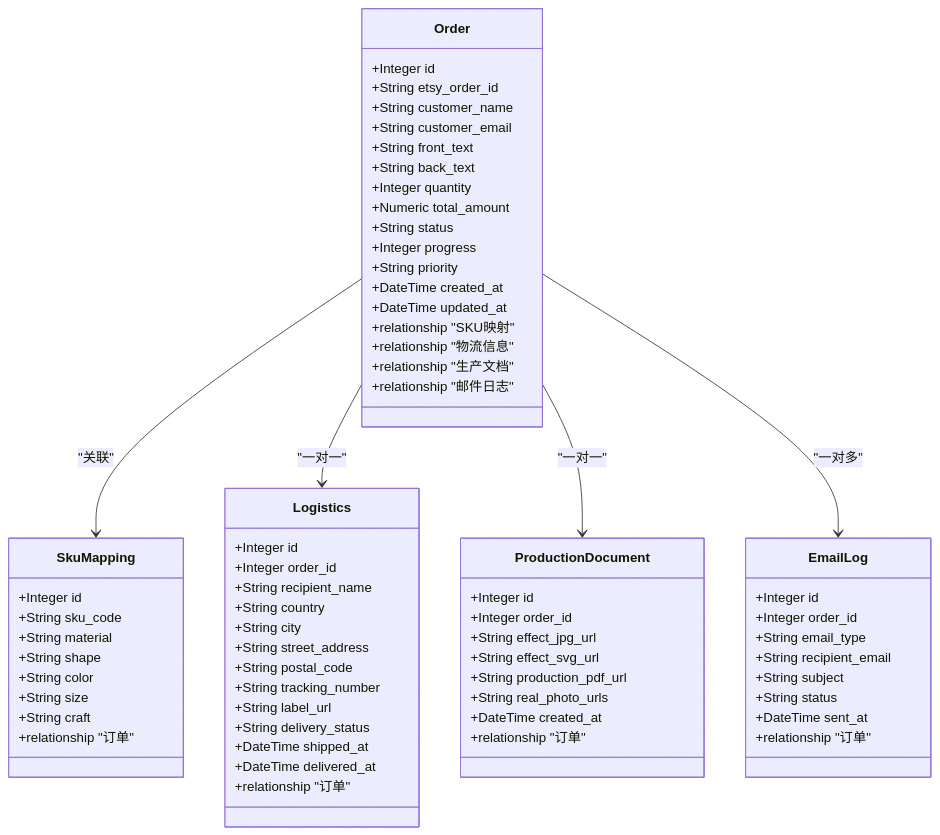
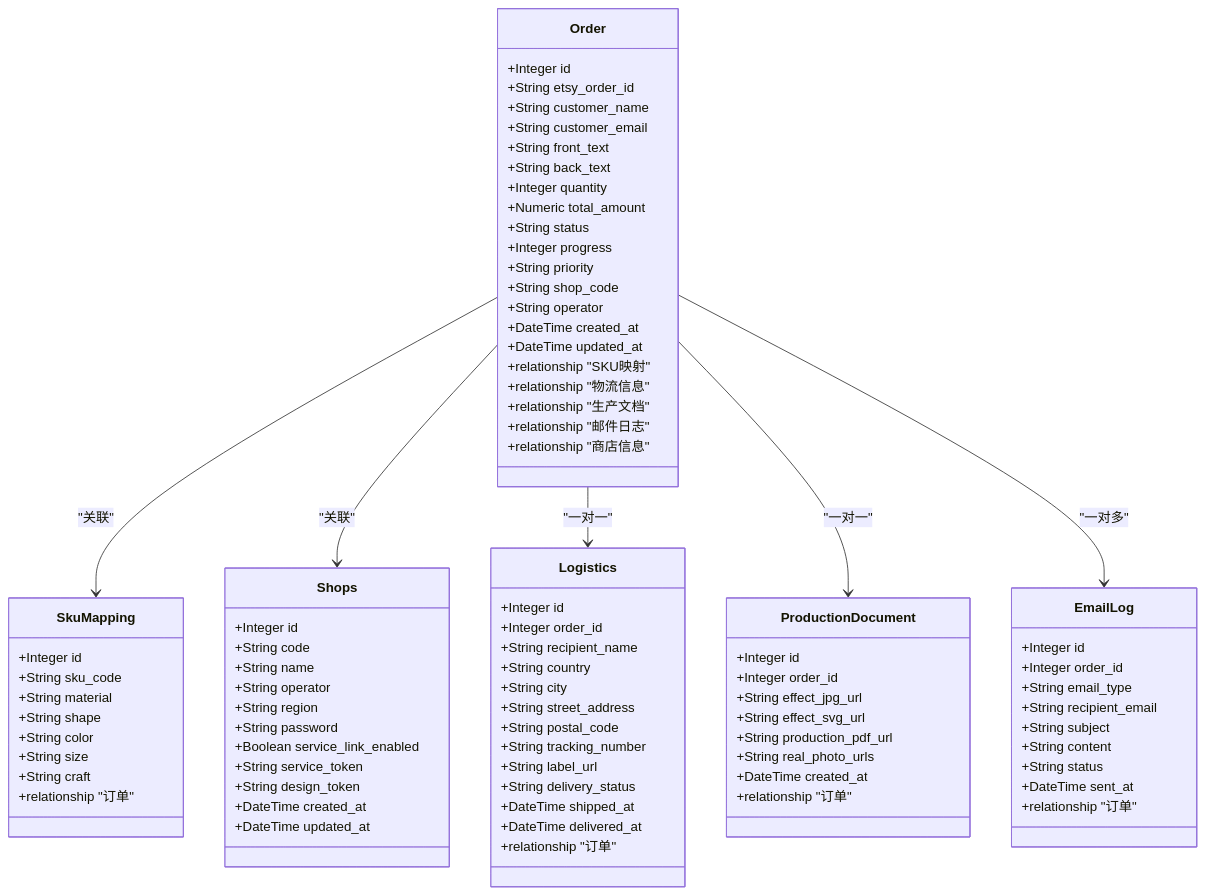
The second of 11 diagrams in .qoder/repowiki/zh/content/开发指南/订单处理工作流增强.md (SY6621/POD-Order-Management), drawn with Mermaid before and after one commit. The commit also changed other lines of this file and 16 other files, not shown here.

```diff
--- a/.qoder/repowiki/zh/content/开发指南/订单处理工作流增强.md
+++ b/.qoder/repowiki/zh/content/开发指南/订单处理工作流增强.md
@@ -111,12 +127,28 @@
 +String status
 +Integer progress
 +String priority
++String shop_code
++String operator
 +DateTime created_at
 +DateTime updated_at
 +relationship "SKU映射"
 +relationship "物流信息"
 +relationship "生产文档"
 +relationship "邮件日志"
++relationship "商店信息"
+}
+class Shops {
++Integer id
++String code
++String name
++String operator
++String region
++String password
++Boolean service_link_enabled
++String service_token
++String design_token
++DateTime created_at
++DateTime updated_at
 }
 class Logistics {
 +Integer id
@@ -149,6 +181,7 @@
 +String email_type
 +String recipient_email
 +String subject
++String content
 +String status
 +DateTime sent_at
 +relationship "订单"
@@ -164,6 +197,7 @@
 +relationship "订单"
 }
 Order --> SkuMapping : "关联"
+Order --> Shops : "关联"
 Order --> Logistics : "一对一"
 Order --> ProductionDocument : "一对一"
 Order --> EmailLog : "一对多"
```
